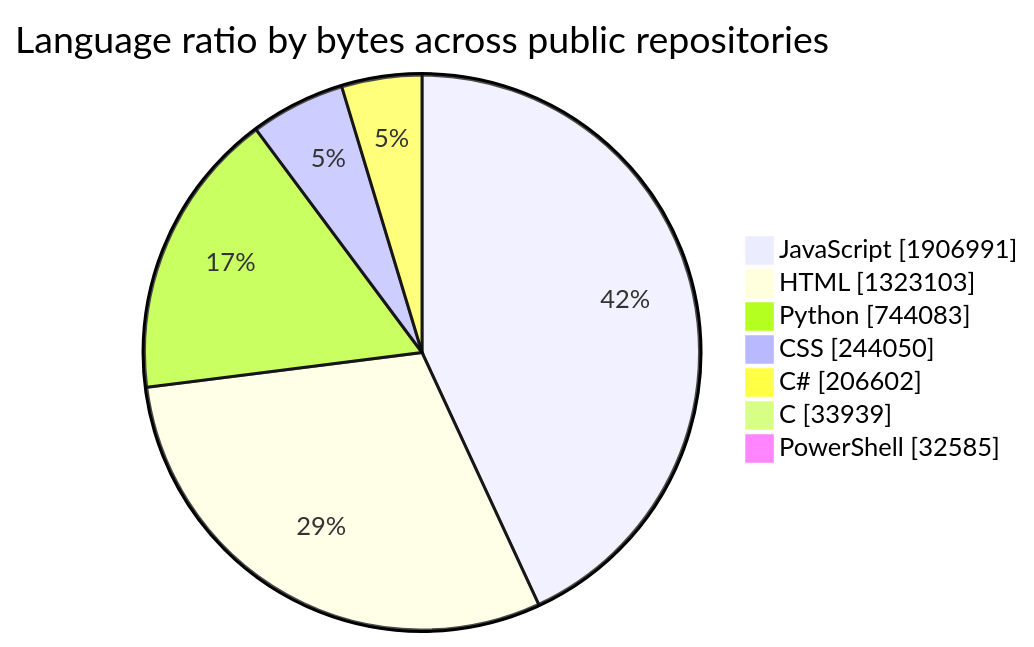
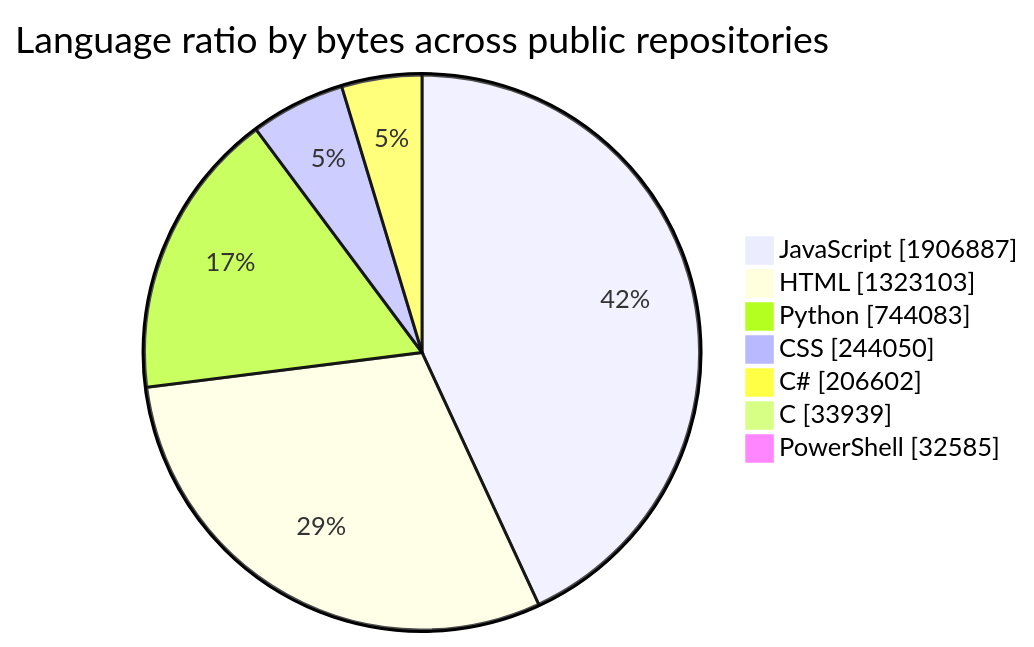
One commit to tchinso/tchinso changed the first of 2 diagrams in README.md. Above: the diagram before and after it, drawn with Mermaid. The commit also changed other lines of this file, not shown here.

````diff
--- a/README.md
+++ b/README.md
@@ -24,11 +24,11 @@
 ```mermaid
 pie showData
     title Language ratio by bytes across public repositories
-    "JavaScript" : 1906991
+    "JavaScript" : 1906887
     "HTML" : 1323103
     "Python" : 744083
     "CSS" : 244050
     "C#" : 206602
     "C" : 33939
     "PowerShell" : 32585
 ```
````
